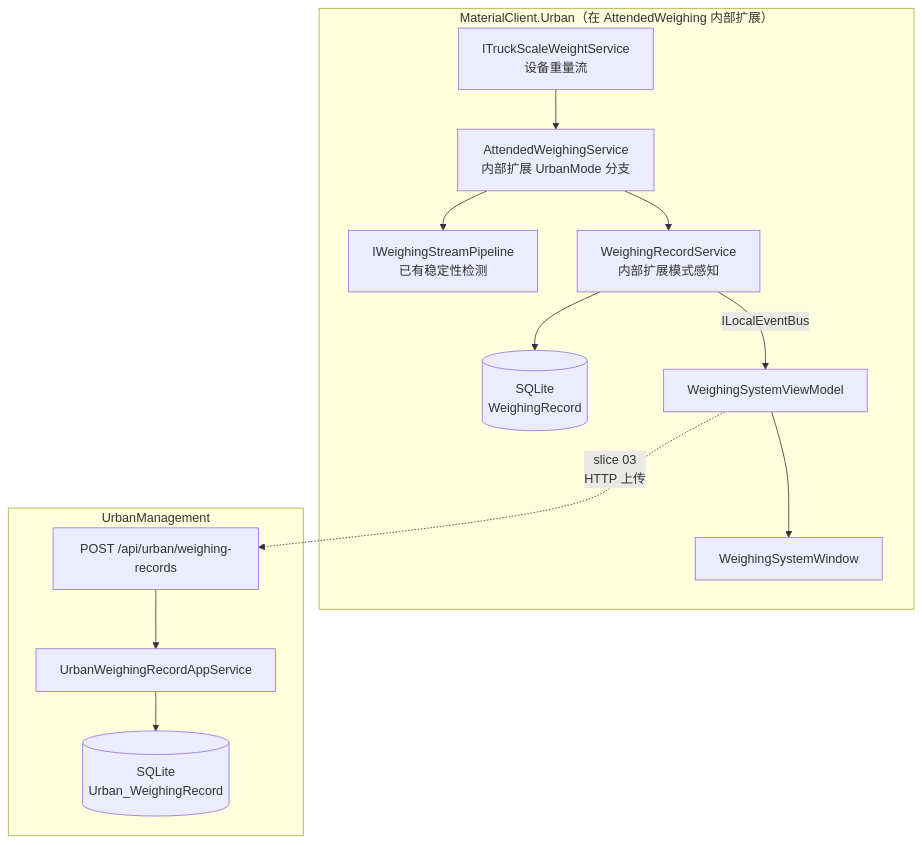
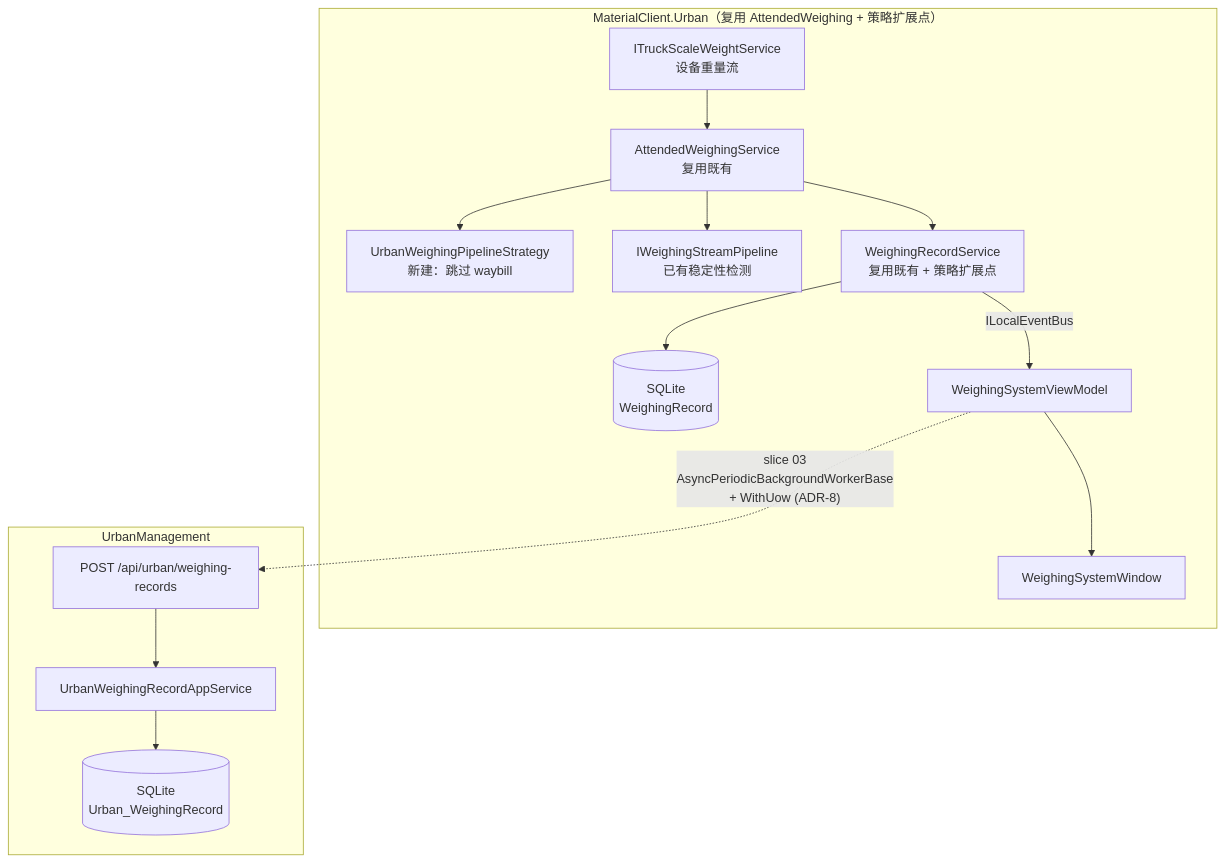
One commit to feewillowherb/MaterialMonospec changed the first of 2 diagrams in openspec/changes/urban-weighing-record-pipeline/design.md. Above: the diagram before and after it, drawn with Mermaid. The commit also changed other lines of this file and 2 other files, not shown here.

First line of the commit message:
docs(openspec): refine Urban weighing record pipeline design (ADR-5/8/9)

````diff
--- a/openspec/changes/urban-weighing-record-pipeline/design.md
+++ b/openspec/changes/urban-weighing-record-pipeline/design.md
@@ -119,30 +133,32 @@
 ```mermaid
 flowchart TD
-    subgraph MaterialClient["MaterialClient.Urban（在 AttendedWeighing 内部扩展）"]
+    subgraph MaterialClient["MaterialClient.Urban（复用 AttendedWeighing + 策略扩展点）"]
         HW["ITruckScaleWeightService<br/>设备重量流"]
-        AWS["AttendedWeighingService<br/>内部扩展 UrbanMode 分支"]
+        AWS["AttendedWeighingService<br/>复用既有"]
+        Strat["UrbanWeighingPipelineStrategy<br/>新建：跳过 waybill"]
         WSP["IWeighingStreamPipeline<br/>已有稳定性检测"]
-        WRS["WeighingRecordService<br/>内部扩展模式感知"]
+        WRS["WeighingRecordService<br/>复用既有 + 策略扩展点"]
         DB1[("SQLite<br/>WeighingRecord")]
         VM["WeighingSystemViewModel"]
         UI["WeighingSystemWindow"]
 
         HW --> AWS
         AWS --> WSP
+        AWS --> Strat
         AWS --> WRS
         WRS --> DB1
         WRS -->|"ILocalEventBus"| VM
         VM --> UI
     end
 
     subgraph UrbanManagement["UrbanManagement"]
         API["POST /api/urban/weighing-records"]
         SVC["UrbanWeighingRecordAppService"]
         DB2[("SQLite<br/>Urban_WeighingRecord")]
 
         API --> SVC
         SVC --> DB2
     end
 
-    VM -.->|"slice 03<br/>HTTP 上传"| API
+    VM -.->|"slice 03<br/>AsyncPeriodicBackgroundWorkerBase<br/>+ WithUow (ADR-8)"| API
 ```
````
